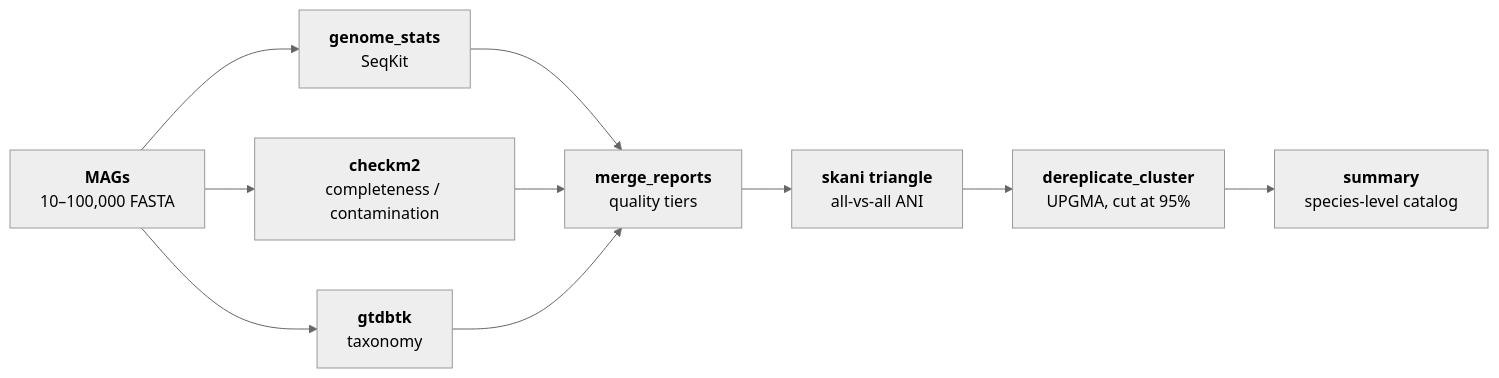
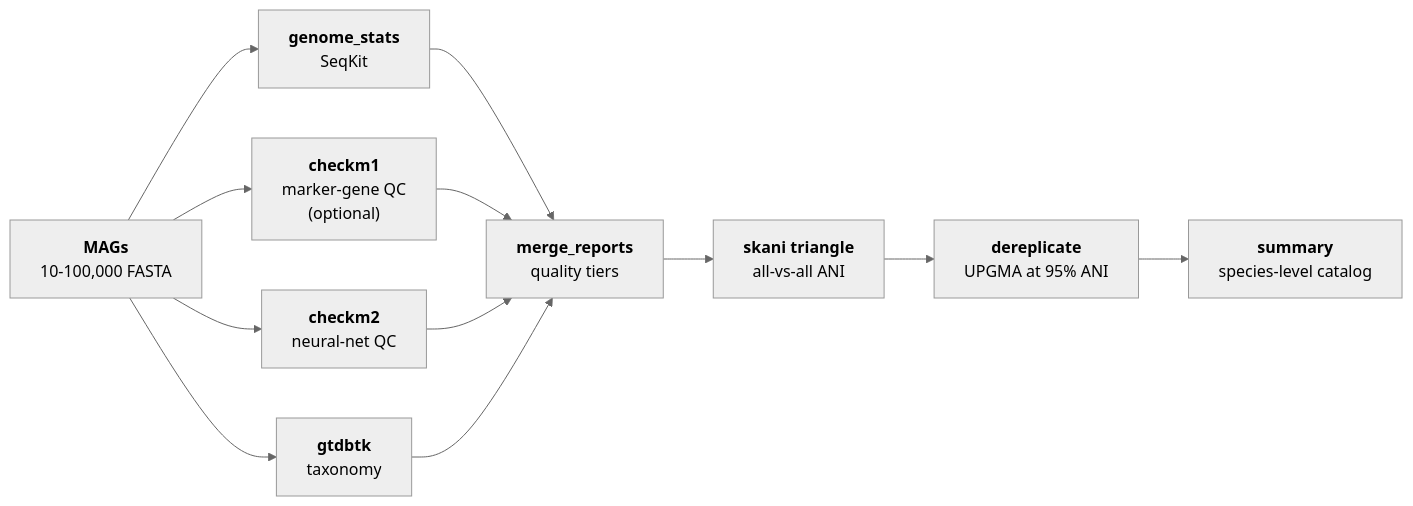
The diagram in README.md (SDmetagenomics/meta-pipeline-MAGDrep), drawn with Mermaid (neutral theme) before and after one commit. The commit also changed other lines of this file and 16 other files, not shown here.

````diff
--- a/README.md
+++ b/README.md
@@ -21,12 +21,14 @@
 ```mermaid
 flowchart LR
-    A["<b>MAGs</b><br/>10–100,000 FASTA"] --> B["<b>genome_stats</b><br/>SeqKit"]
-    A --> C["<b>checkm2</b><br/>completeness / contamination"]
+    A["<b>MAGs</b><br/>10-100,000 FASTA"] --> B["<b>genome_stats</b><br/>SeqKit"]
+    A --> C1["<b>checkm1</b><br/>marker-gene QC<br/>(optional)"]
+    A --> C2["<b>checkm2</b><br/>neural-net QC"]
     A --> D["<b>gtdbtk</b><br/>taxonomy"]
     B --> E["<b>merge_reports</b><br/>quality tiers"]
-    C --> E
+    C1 --> E
+    C2 --> E
     D --> E
     E --> F["<b>skani triangle</b><br/>all-vs-all ANI"]
-    F --> G["<b>dereplicate_cluster</b><br/>UPGMA, cut at 95%"]
+    F --> G["<b>dereplicate</b><br/>UPGMA at 95% ANI"]
     G --> H["<b>summary</b><br/>species-level catalog"]
 ```
````
